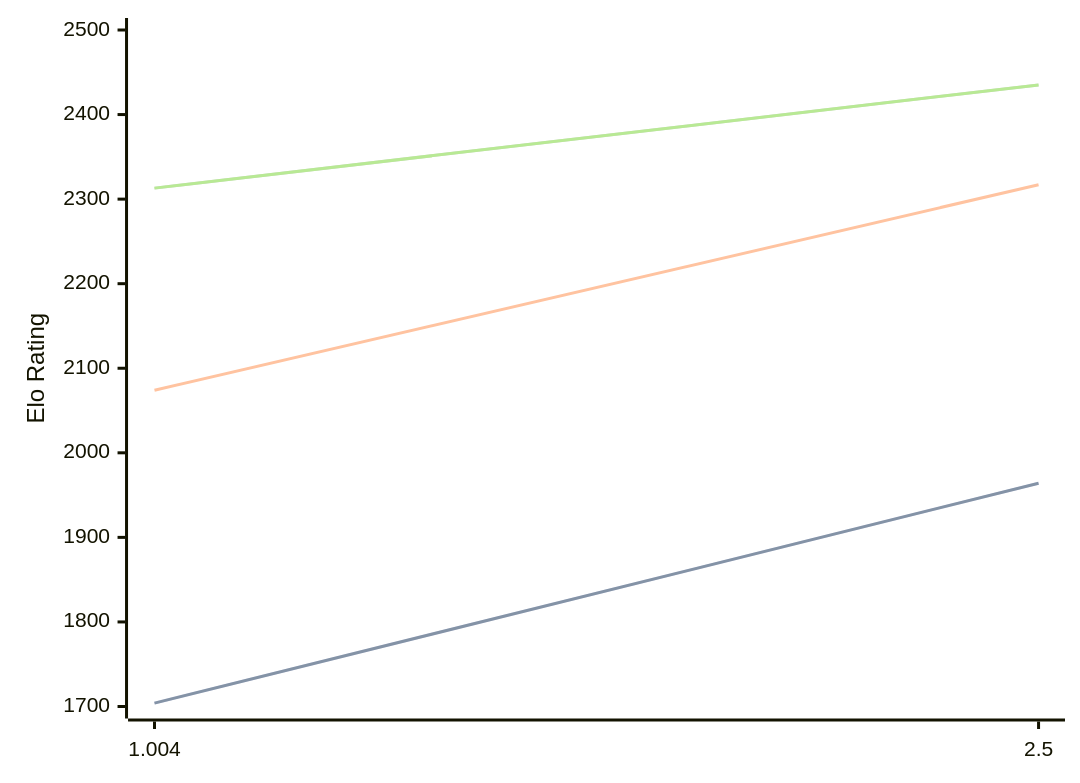
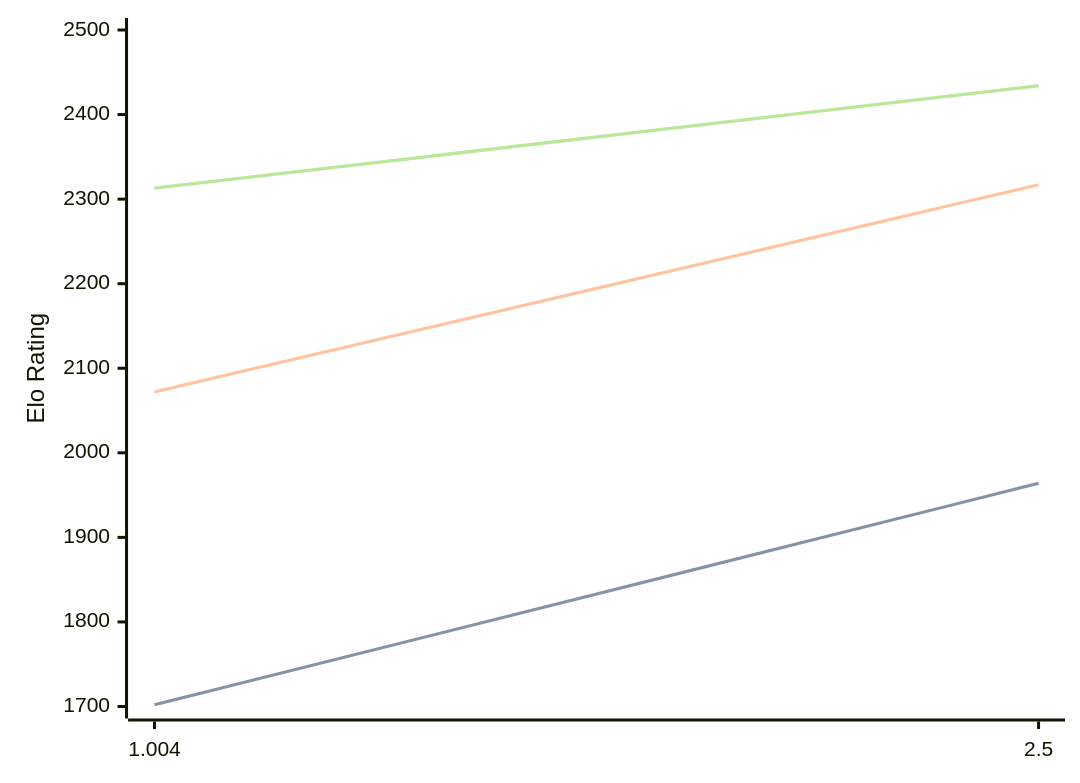
Before and after one commit to computer-chess-index/cci: the diagram in engines/Ares.md, drawn with Mermaid. The commit also changed other lines of this file, not shown here.

Commit message:
Update CCI Ratings (ELO VLTC) - 2026-05-22

````diff
--- a/engines/Ares.md
+++ b/engines/Ares.md
@@ -32,11 +32,11 @@
 ```mermaid
 %%{init: {"theme":"base","themeVariables":{"seriesColors:['#a3a3a3','#222221','#faa371']}}}%%
 xychart-beta
   x-axis ["1.004", "2.5"]
   y-axis "Elo Rating" 1700 --> 2500
-  line "STC (8.0+0.08s)" [1704, 1964]
-  line "STC (8.0+0.08s)" [1704, 1964]
-  line "LTC (60.0+0.60s)" [2074, 2317]
-  line "VLTC (2m24s+1.12s)" [2313, 2435]
-  line "VLTC (2m24s+1.12s)" [2313, 2435]
+  line "STC (8.0+0.08s)" [1702, 1964]
+  line "STC (8.0+0.08s)" [1702, 1964]
+  line "LTC (60.0+0.60s)" [2072, 2317]
+  line "VLTC (2m24s+1.12s)" [2313, 2434]
+  line "VLTC (2m24s+1.12s)" [2313, 2434]
 ```
````
